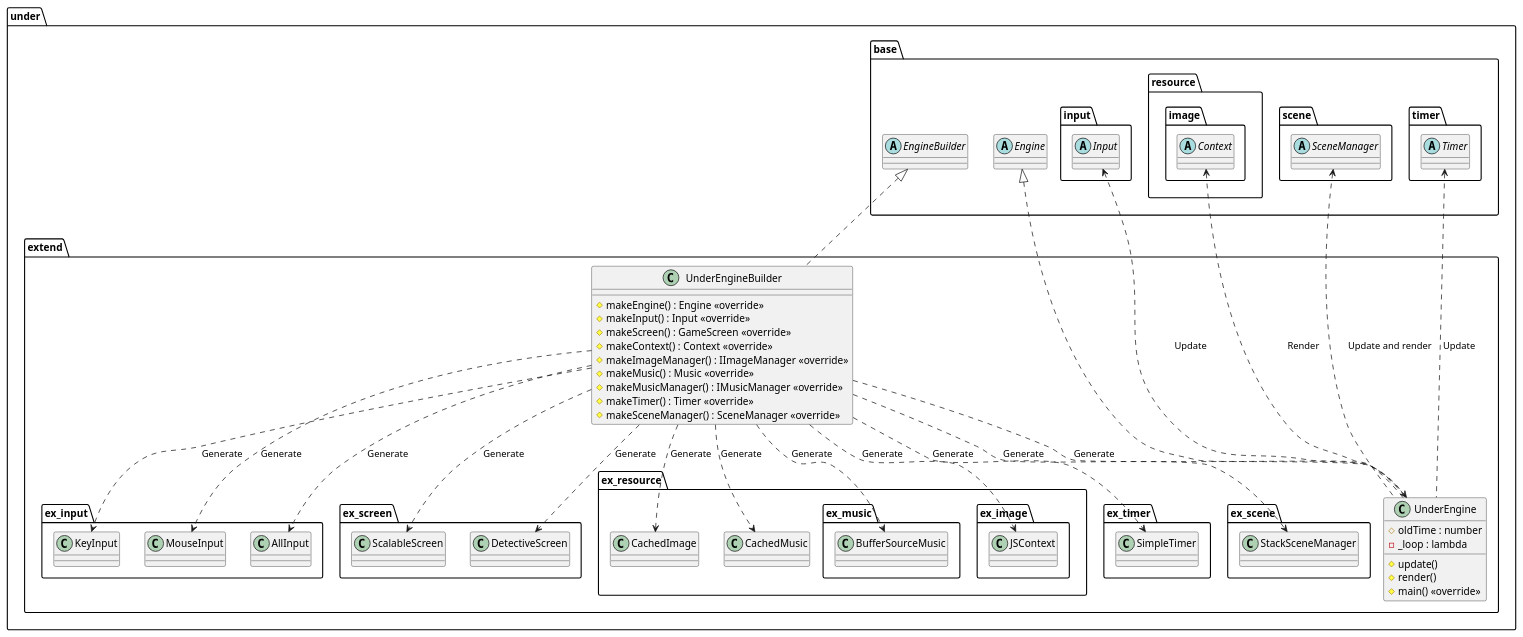
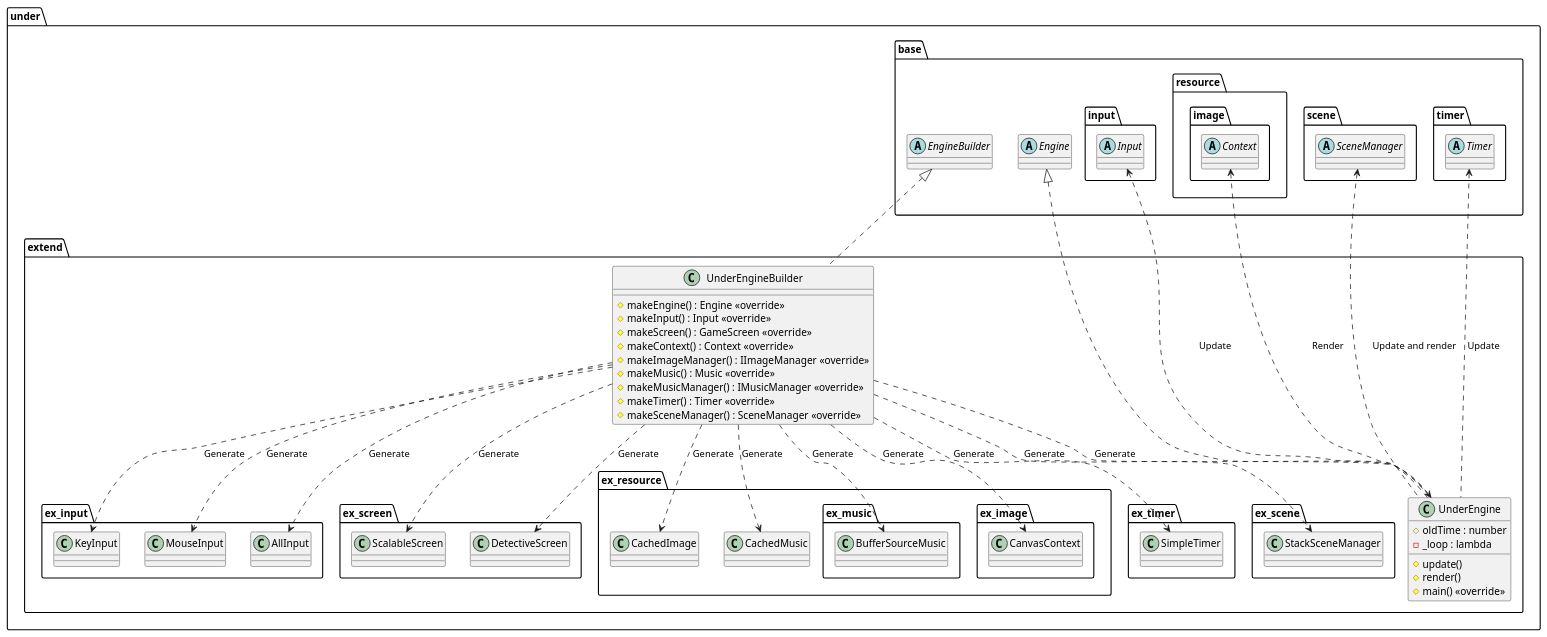
One commit to Expine/Under changed the diagram in uml/gamebase/ExtendEngine.wsd. Above: the diagram before and after it, drawn with PlantUML. The commit also changed 25 other files, not shown here.

```diff
--- a/uml/gamebase/ExtendEngine.wsd
+++ b/uml/gamebase/ExtendEngine.wsd
@@ -1,96 +1,96 @@
 @startuml GameBaseExtendEngine
 
 package under {
     package extend {
         class UnderEngineBuilder {
             #makeEngine() : Engine <<override>>
             #makeInput() : Input <<override>>
             #makeScreen() : GameScreen <<override>>
             #makeContext() : Context <<override>>
             #makeImageManager() : IImageManager <<override>>
             #makeMusic() : Music <<override>>
             #makeMusicManager() : IMusicManager <<override>>
             #makeTimer() : Timer <<override>>
             #makeSceneManager() : SceneManager <<override>>
         }
         class UnderEngine {
             #oldTime : number
             -_loop : lambda
             #update()
             #render()
             #main() <<override>>
         }
     }
 }
 
 package under {
     package base {
         abstract EngineBuilder
         abstract Engine
         package input {
             abstract Input
         }
         package resource {
             package image {
                 abstract Context
             }
         }
         package scene {
             abstract SceneManager
         }
         package timer {
             abstract Timer
         }
     }
     package extend {
         class UnderEngine
         package ex_input {
             class KeyInput
             class MouseInput
             class AllInput
         }
         package ex_screen {
             class ScalableScreen
             class DetectiveScreen
         }
         package ex_resource {
             class CachedImage
             class CachedMusic
             package ex_music {
                 class BufferSourceMusic
             }
             package ex_image {
-                class JSContext
+                class CanvasContext
             }
         }
         package ex_timer {
             class SimpleTimer
         }
         package ex_scene {
             class StackSceneManager
         }
     }
 }
 
 UnderEngineBuilder ..> UnderEngine : Generate
 UnderEngineBuilder ..> AllInput  : Generate
 UnderEngineBuilder ..> KeyInput  : Generate
 UnderEngineBuilder ..> MouseInput  : Generate
 UnderEngineBuilder ..> ScalableScreen  : Generate
 UnderEngineBuilder ..> DetectiveScreen  : Generate
-UnderEngineBuilder ..> JSContext  : Generate
+UnderEngineBuilder ..> CanvasContext  : Generate
 UnderEngineBuilder ..> CachedImage  : Generate
 UnderEngineBuilder ..> BufferSourceMusic  : Generate
 UnderEngineBuilder ..> CachedMusic  : Generate
 UnderEngineBuilder ..> SimpleTimer  : Generate
 UnderEngineBuilder ..> StackSceneManager  : Generate
 
 Timer <.. UnderEngine : Update
 Input <.. UnderEngine : Update
 SceneManager <.. UnderEngine : Update and render
 Context <.. UnderEngine : Render
 
 EngineBuilder <|.. UnderEngineBuilder
 Engine <|.. UnderEngine
 
 @enduml
```
